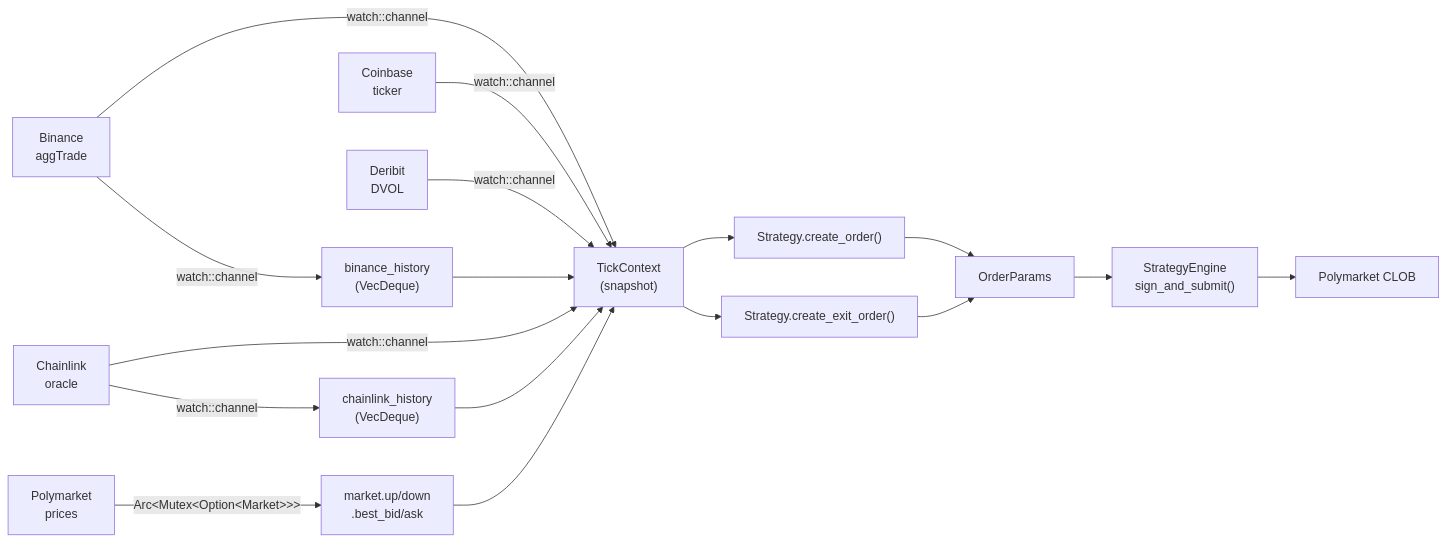
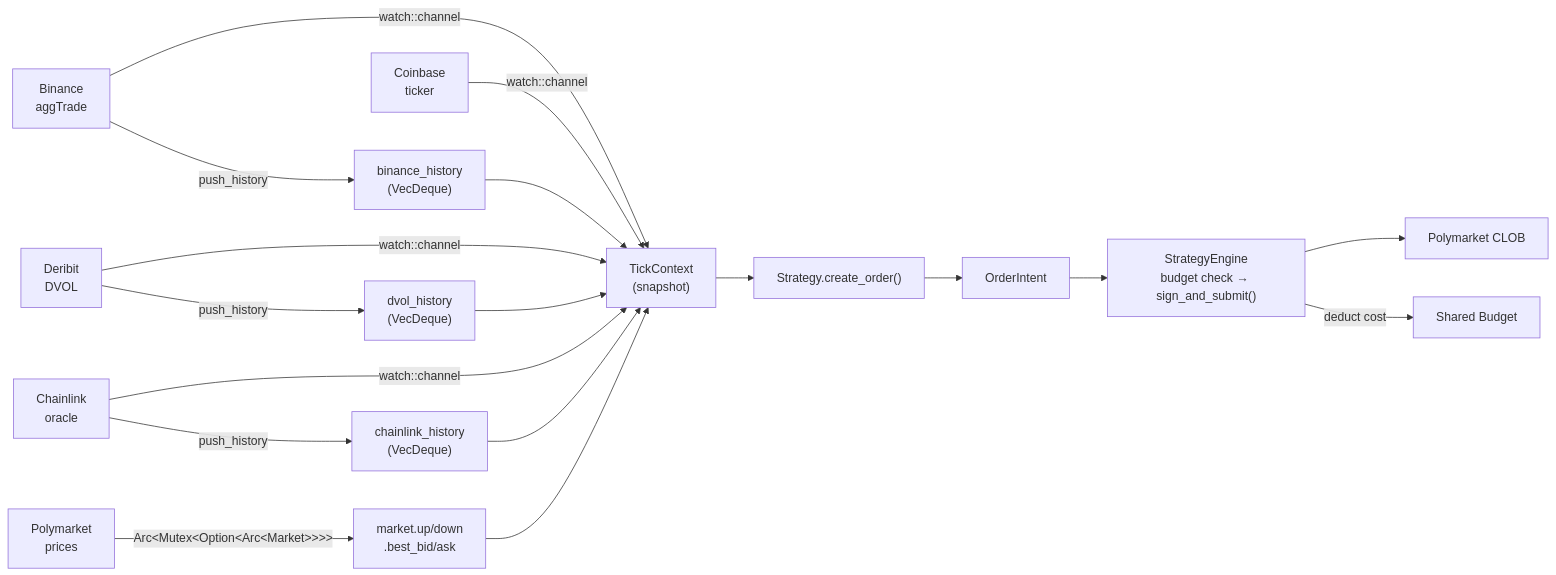
One commit to bbono/serekes changed the third of 3 diagrams in docs/ARCHITECTURE.md. Above: the diagram before and after it, drawn with Mermaid. The commit also changed other lines of this file and 8 other files, not shown here.

````diff
--- a/docs/ARCHITECTURE.md
+++ b/docs/ARCHITECTURE.md
@@ -127,20 +131,20 @@
 ```mermaid
 flowchart LR
     BIN["Binance<br/>aggTrade"] -->|watch::channel| TC["TickContext<br/>(snapshot)"]
-    BIN -->|watch::channel| BH["binance_history<br/>(VecDeque)"]
+    BIN -->|push_history| BH["binance_history<br/>(VecDeque)"]
     CB["Coinbase<br/>ticker"] -->|watch::channel| TC
     DER["Deribit<br/>DVOL"] -->|watch::channel| TC
+    DER -->|push_history| DH["dvol_history<br/>(VecDeque)"]
     CL["Chainlink<br/>oracle"] -->|watch::channel| TC
-    CL -->|watch::channel| CH["chainlink_history<br/>(VecDeque)"]
-    PM["Polymarket<br/>prices"] -->|"Arc&lt;Mutex&lt;Option&lt;Market&gt;&gt;&gt;"| MKT["market.up/down<br/>.best_bid/ask"]
+    CL -->|push_history| CH["chainlink_history<br/>(VecDeque)"]
+    PM["Polymarket<br/>prices"] -->|"Arc&lt;Mutex&lt;Option&lt;Arc&lt;Market&gt;&gt;&gt;&gt;"| MKT["market.up/down<br/>.best_bid/ask"]
 
-    BH --> TC
-    CH --> TC
+    BH & CH & DH --> TC
     MKT --> TC
 
     TC --> ENTRY["Strategy.create_order()"]
-    TC --> EXIT["Strategy.create_exit_order()"]
-    ENTRY & EXIT --> OP["OrderParams"]
-    OP --> SE["StrategyEngine<br/>sign_and_submit()"]
+    ENTRY --> OI["OrderIntent"]
+    OI --> SE["StrategyEngine<br/>budget check → sign_and_submit()"]
     SE --> CLOB["Polymarket CLOB"]
+    SE -->|deduct cost| BUDGET["Shared Budget"]
 ```
````
